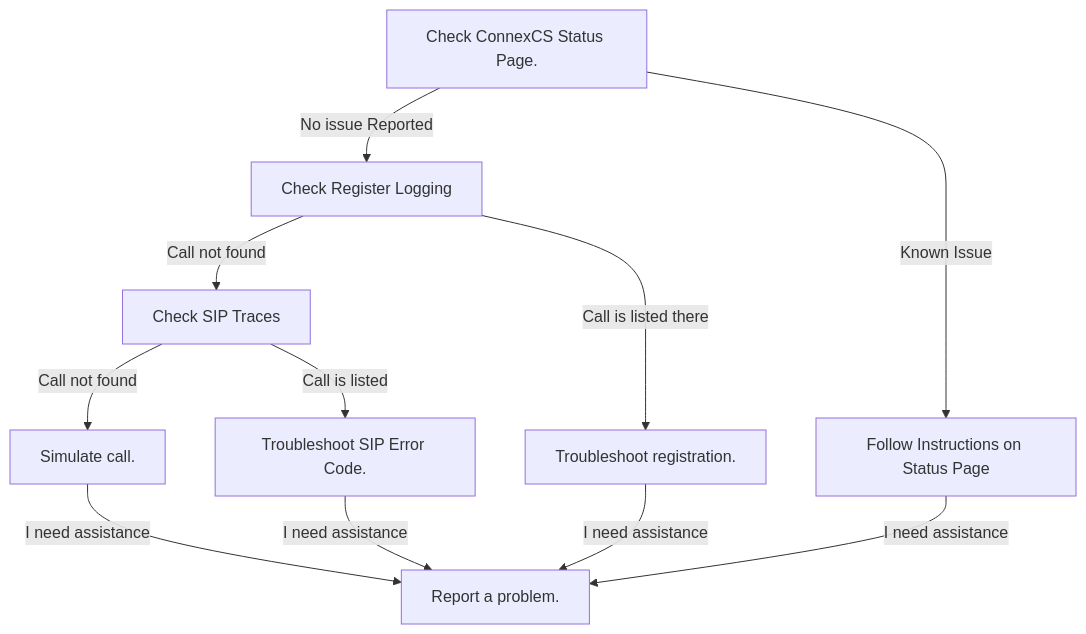
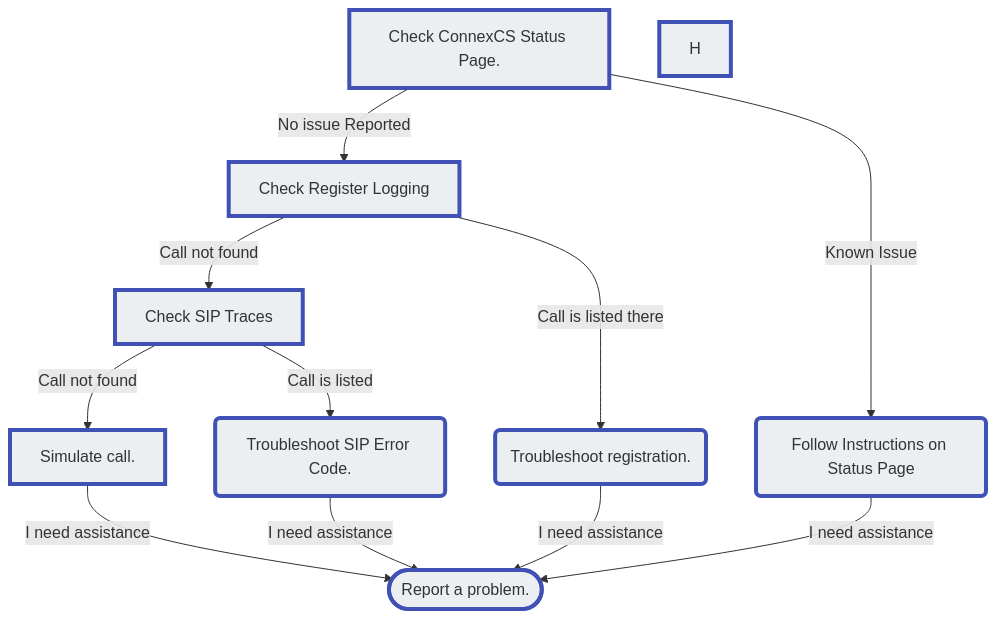
The diagram in docs/guides/tshoot-signal.md (connexcs/docs), drawn with Mermaid before and after one commit.

Commit message:
Update tshoot-signal.md
updating mermaid flow format

````diff
--- a/docs/guides/tshoot-signal.md
+++ b/docs/guides/tshoot-signal.md
@@ -30,18 +30,27 @@
 ```mermaid
 graph TD
     A[Check ConnexCS Status Page.]-->|No issue Reported| C[Check Register Logging]
-    A[Check ConnexCS Status Page.]-->|Known Issue| B[Follow Instructions on Status Page]
+    A[Check ConnexCS Status Page.]-->|Known Issue| B(Follow Instructions on Status Page)
     C -->|Call not found| E[Check SIP Traces]    
-    C -->|Call is listed there| D[Troubleshoot registration.]
+    C -->|Call is listed there| D(Troubleshoot registration.)
     E -->|Call not found| G[Simulate call.]
-    E -->|Call is listed| F[Troubleshoot SIP Error Code.]
-    G -->|I need assistance| I[Report a problem.]
-    B -->|I need assistance| I[Report a problem.]
-    D -->|I need assistance| I[Report a problem.]
-    F -->|I need assistance| I[Report a problem.]
+    E -->|Call is listed| F(Troubleshoot SIP Error Code.)
+    G -->|I need assistance| I([Report a problem.])
+    B -->|I need assistance| I([Report a problem.])
+    D -->|I need assistance| I([Report a problem.])
+    F -->|I need assistance| I([Report a problem.])
     click A "https://status.connexcs.com/"
     click C "https://docs.connexcs.com/logging/#register-logging"
     click E "https://docs.connexcs.com/logging/#sip-traces"
     click G "https://docs.connexcs.com/logging/#simulate"
     click I "https://docs.connexcs.com/reporting-problems/#report-a-problem"
+    style A fill:#ECEFF1,stroke:#4051b5,stroke-width:4px
+    style B fill:#ECEFF1,stroke:#4051b5,stroke-width:4px
+    style C fill:#ECEFF1,stroke:#4051b5,stroke-width:4px
+    style D fill:#ECEFF1,stroke:#4051b5,stroke-width:4px
+    style E fill:#ECEFF1,stroke:#4051b5,stroke-width:4px
+    style F fill:#ECEFF1,stroke:#4051b5,stroke-width:4px
+    style G fill:#ECEFF1,stroke:#4051b5,stroke-width:4px
+    style H fill:#ECEFF1,stroke:#4051b5,stroke-width:4px
+    style I fill:#ECEFF1,stroke:#4051b5,stroke-width:4px
 ```
````
